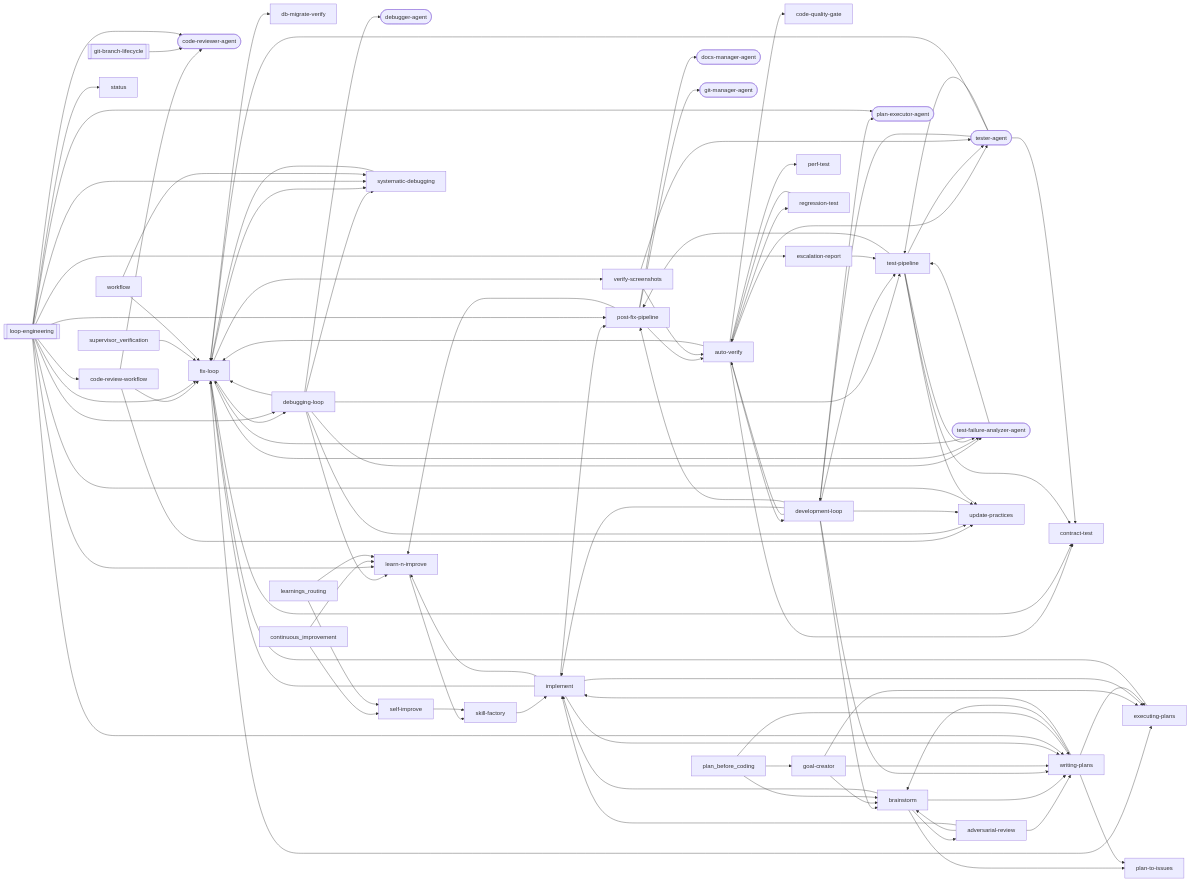
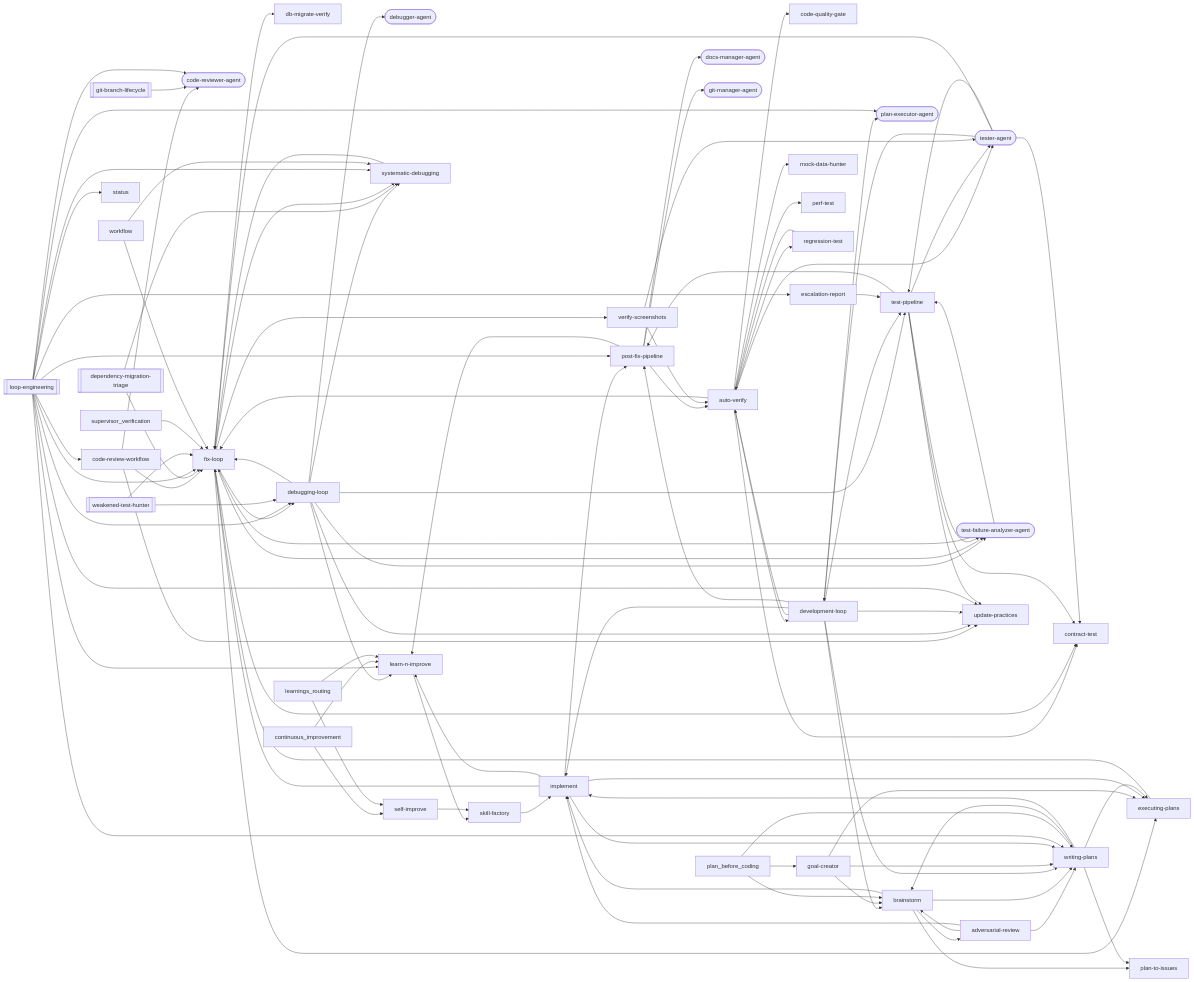
One commit to abhayla/claude-best-practices changed the second of 33 diagrams in docs/workflows/loop-engineering.md. Above: the diagram before and after it, drawn with Mermaid. The commit also changed other lines of this file and 14 other files, not shown here.

````diff
--- a/docs/workflows/loop-engineering.md
+++ b/docs/workflows/loop-engineering.md
@@ -192,7 +203,9 @@
 ```mermaid
 graph LR
+    dependency_migration_triage[["dependency-migration-triage"]]
     git_branch_lifecycle[["git-branch-lifecycle"]]
     loop_engineering[["loop-engineering"]]
+    weakened_test_hunter[["weakened-test-hunter"]]
     adversarial_review["adversarial-review"]
     auto_verify["auto-verify"]
     brainstorm["brainstorm"]
@@ -212,6 +225,7 @@
     goal_creator["goal-creator"]
     implement["implement"]
     learn_n_improve["learn-n-improve"]
+    mock_data_hunter["mock-data-hunter"]
     perf_test["perf-test"]
     plan_executor_agent(["plan-executor-agent"])
     plan_to_issues["plan-to-issues"]
@@ -234,6 +248,7 @@
     auto_verify --> contract_test
     auto_verify --> development_loop
     auto_verify --> fix_loop
+    auto_verify --> mock_data_hunter
     auto_verify --> perf_test
     auto_verify --> regression_test
     auto_verify --> tester_agent
@@ -251,6 +266,8 @@
     debugging_loop --> update_practices
     debugging_loop --> debugger_agent
     debugging_loop --> test_failure_analyzer_agent
+    dependency_migration_triage --> fix_loop
+    dependency_migration_triage --> systematic_debugging
     development_loop --> auto_verify
     development_loop --> brainstorm
     development_loop --> implement
@@ -304,6 +321,8 @@
     test_pipeline --> tester_agent
     verify_screenshots --> auto_verify
     verify_screenshots --> tester_agent
+    weakened_test_hunter --> debugging_loop
+    weakened_test_hunter --> fix_loop
     writing_plans --> brainstorm
     writing_plans --> executing_plans
     writing_plans --> implement
````
